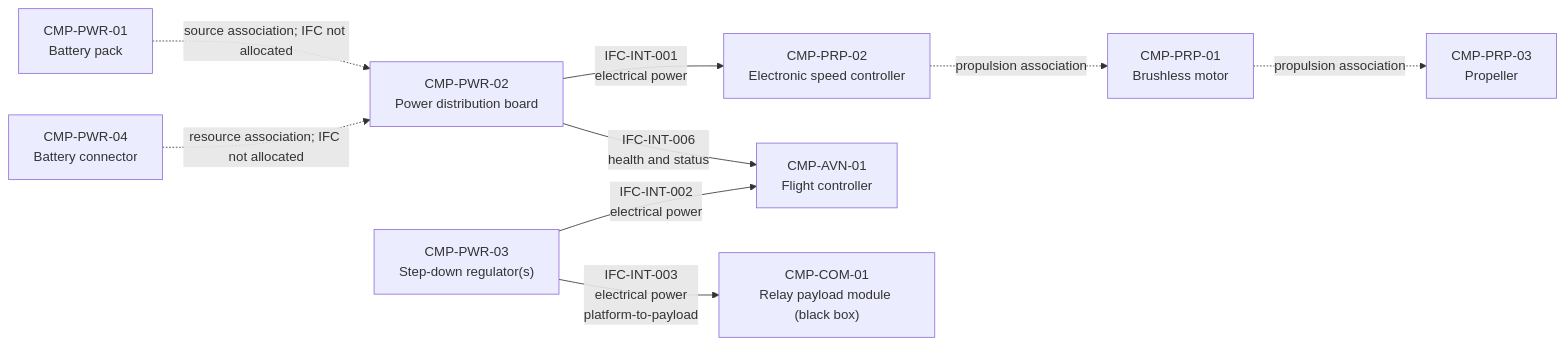
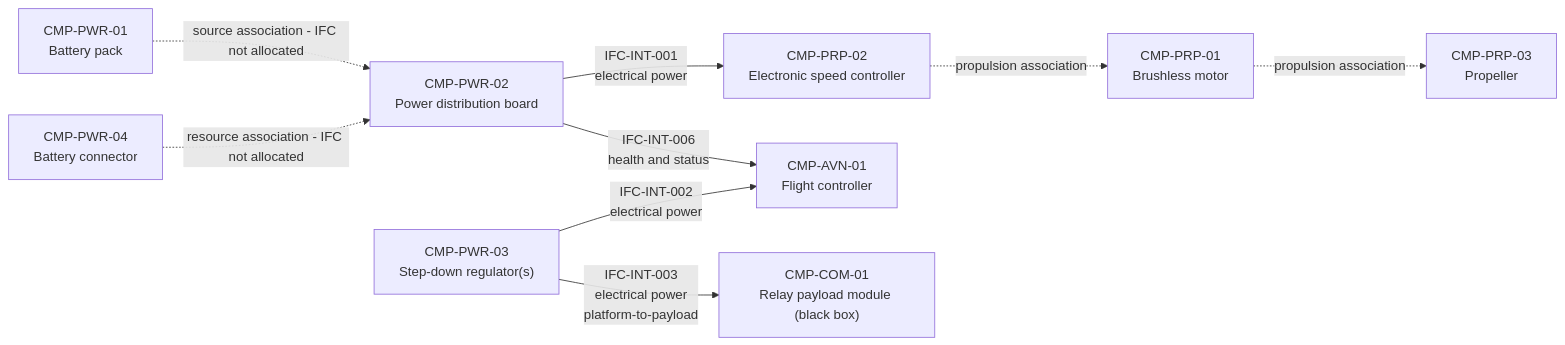
One commit to noahstephenson/low-cost-relay-uas changed the fifth of 17 diagrams in reports/architecture-views.md. Above: the diagram before and after it, drawn with Mermaid. The commit also changed other lines of this file and 4 other files, not shown here.

Commit message:
Improve Mermaid rendering and validation

````diff
--- a/reports/architecture-views.md
+++ b/reports/architecture-views.md
@@ -119,21 +119,21 @@
 ```mermaid
 flowchart LR
     %% Configuration scope: CFG-REP / CFG-DOM
     CMP_PWR_01["CMP-PWR-01<br/>Battery pack"]
     CMP_PWR_02["CMP-PWR-02<br/>Power distribution board"]
     CMP_PWR_03["CMP-PWR-03<br/>Step-down regulator(s)"]
     CMP_PWR_04["CMP-PWR-04<br/>Battery connector"]
     CMP_PRP_01["CMP-PRP-01<br/>Brushless motor"]
     CMP_PRP_02["CMP-PRP-02<br/>Electronic speed controller"]
     CMP_PRP_03["CMP-PRP-03<br/>Propeller"]
     CMP_AVN_01["CMP-AVN-01<br/>Flight controller"]
     CMP_COM_01["CMP-COM-01<br/>Relay payload module (black box)"]
-    CMP_PWR_01 -.->|"source association; IFC not allocated"| CMP_PWR_02
-    CMP_PWR_04 -.->|"resource association; IFC not allocated"| CMP_PWR_02
+    CMP_PWR_01 -.->|"source association - IFC not allocated"| CMP_PWR_02
+    CMP_PWR_04 -.->|"resource association - IFC not allocated"| CMP_PWR_02
     CMP_PWR_02 -->|"IFC-INT-001<br/>electrical power"| CMP_PRP_02
     CMP_PWR_03 -->|"IFC-INT-002<br/>electrical power"| CMP_AVN_01
     CMP_PWR_03 -->|"IFC-INT-003<br/>electrical power<br/>platform-to-payload"| CMP_COM_01
     CMP_PWR_02 -->|"IFC-INT-006<br/>health and status"| CMP_AVN_01
     CMP_PRP_02 -.->|"propulsion association"| CMP_PRP_01
     CMP_PRP_01 -.->|"propulsion association"| CMP_PRP_03
 ```
````
